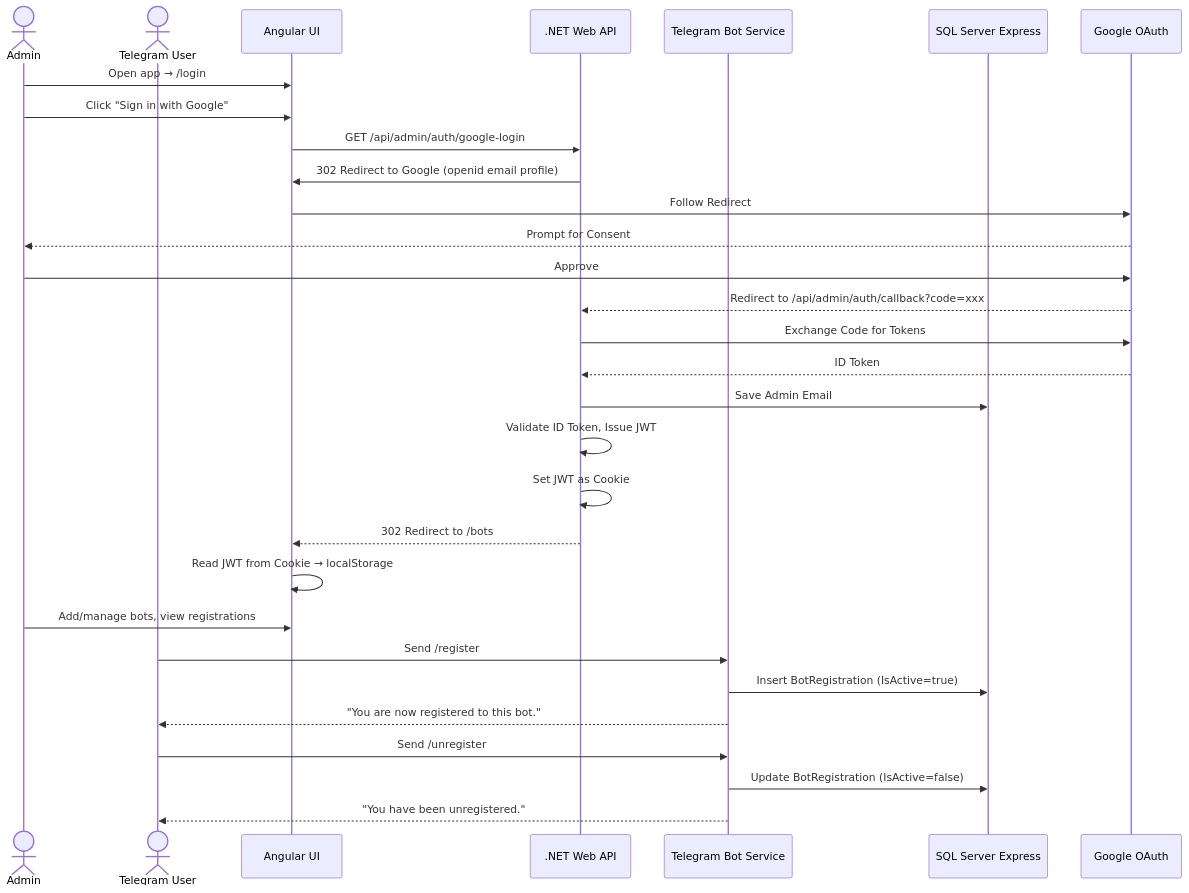
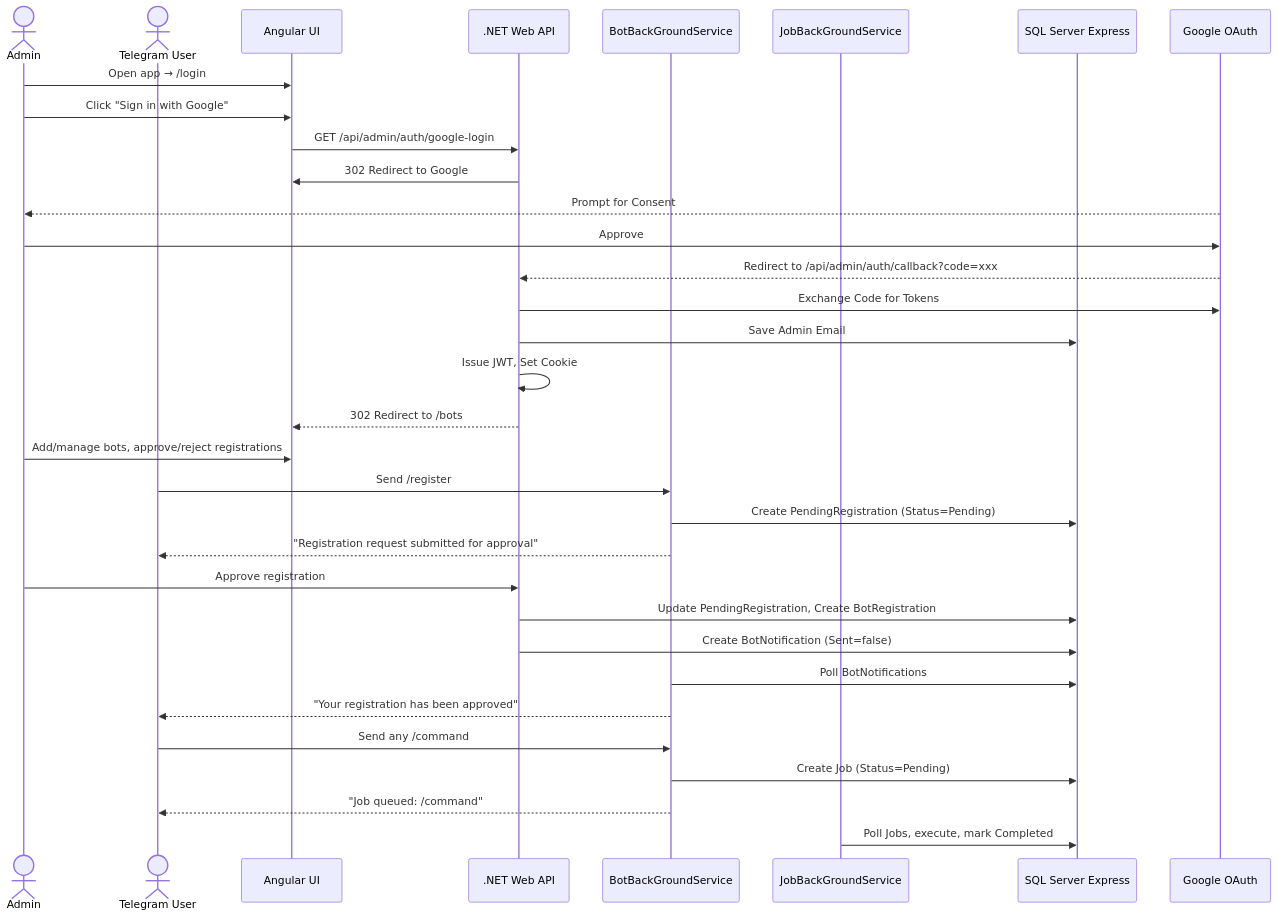
The diagram in readme.md (mayurjp/RemoteAssistant), drawn with Mermaid before and after one commit. The commit also changed other lines of this file and 1 other file, not shown here.

Commit message:
feat: Update Telegram bot service to use dynamic bot names in welcome messages and enhance registration flow in documentation

````diff
--- a/readme.md
+++ b/readme.md
@@ -9,36 +9,40 @@
 ```mermaid
 sequenceDiagram
     actor Admin
     actor User as Telegram User
     participant Angular as Angular UI
     participant WebApi as .NET Web API
-    participant Worker as Telegram Bot Service
+    participant BotSvc as BotBackGroundService
+    participant JobSvc as JobBackGroundService
     participant DB as SQL Server Express
     participant Google as Google OAuth
 
     Admin->>Angular: Open app → /login
     Admin->>Angular: Click "Sign in with Google"
     Angular->>WebApi: GET /api/admin/auth/google-login
-    WebApi->>Angular: 302 Redirect to Google (openid email profile)
-    Angular->>Google: Follow Redirect
+    WebApi->>Angular: 302 Redirect to Google
     Google-->>Admin: Prompt for Consent
     Admin->>Google: Approve
     Google-->>WebApi: Redirect to /api/admin/auth/callback?code=xxx
     WebApi->>Google: Exchange Code for Tokens
-    Google-->>WebApi: ID Token
     WebApi->>DB: Save Admin Email
-    WebApi->>WebApi: Validate ID Token, Issue JWT
-    WebApi->>WebApi: Set JWT as Cookie
+    WebApi->>WebApi: Issue JWT, Set Cookie
     WebApi-->>Angular: 302 Redirect to /bots
-    Angular->>Angular: Read JWT from Cookie → localStorage
 
-    Admin->>Angular: Add/manage bots, view registrations
+    Admin->>Angular: Add/manage bots, approve/reject registrations
 
-    User->>Worker: Send /register
-    Worker->>DB: Insert BotRegistration (IsActive=true)
-    Worker-->>User: "You are now registered to this bot."
+    User->>BotSvc: Send /register
+    BotSvc->>DB: Create PendingRegistration (Status=Pending)
+    BotSvc-->>User: "Registration request submitted for approval"
 
-    User->>Worker: Send /unregister
-    Worker->>DB: Update BotRegistration (IsActive=false)
-    Worker-->>User: "You have been unregistered."
+    Admin->>WebApi: Approve registration
+    WebApi->>DB: Update PendingRegistration, Create BotRegistration
+    WebApi->>DB: Create BotNotification (Sent=false)
+    BotSvc->>DB: Poll BotNotifications
+    BotSvc-->>User: "Your registration has been approved"
+
+    User->>BotSvc: Send any /command
+    BotSvc->>DB: Create Job (Status=Pending)
+    BotSvc-->>User: "Job queued: /command"
+    JobSvc->>DB: Poll Jobs, execute, mark Completed
 ```
````
